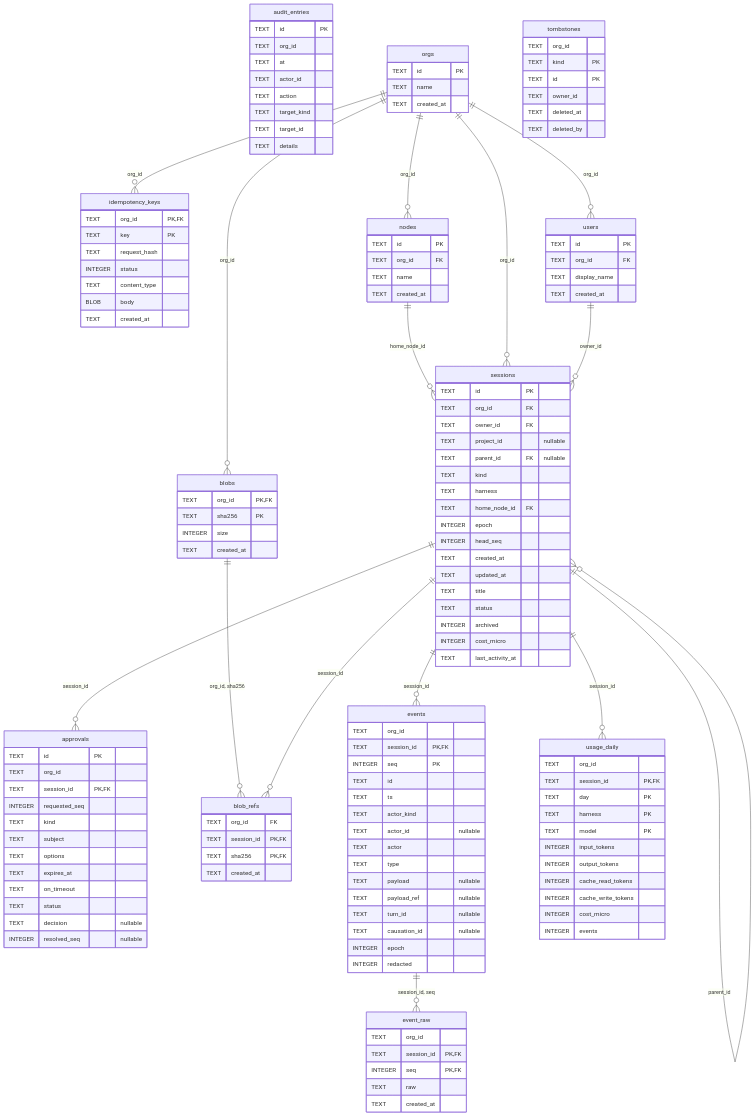
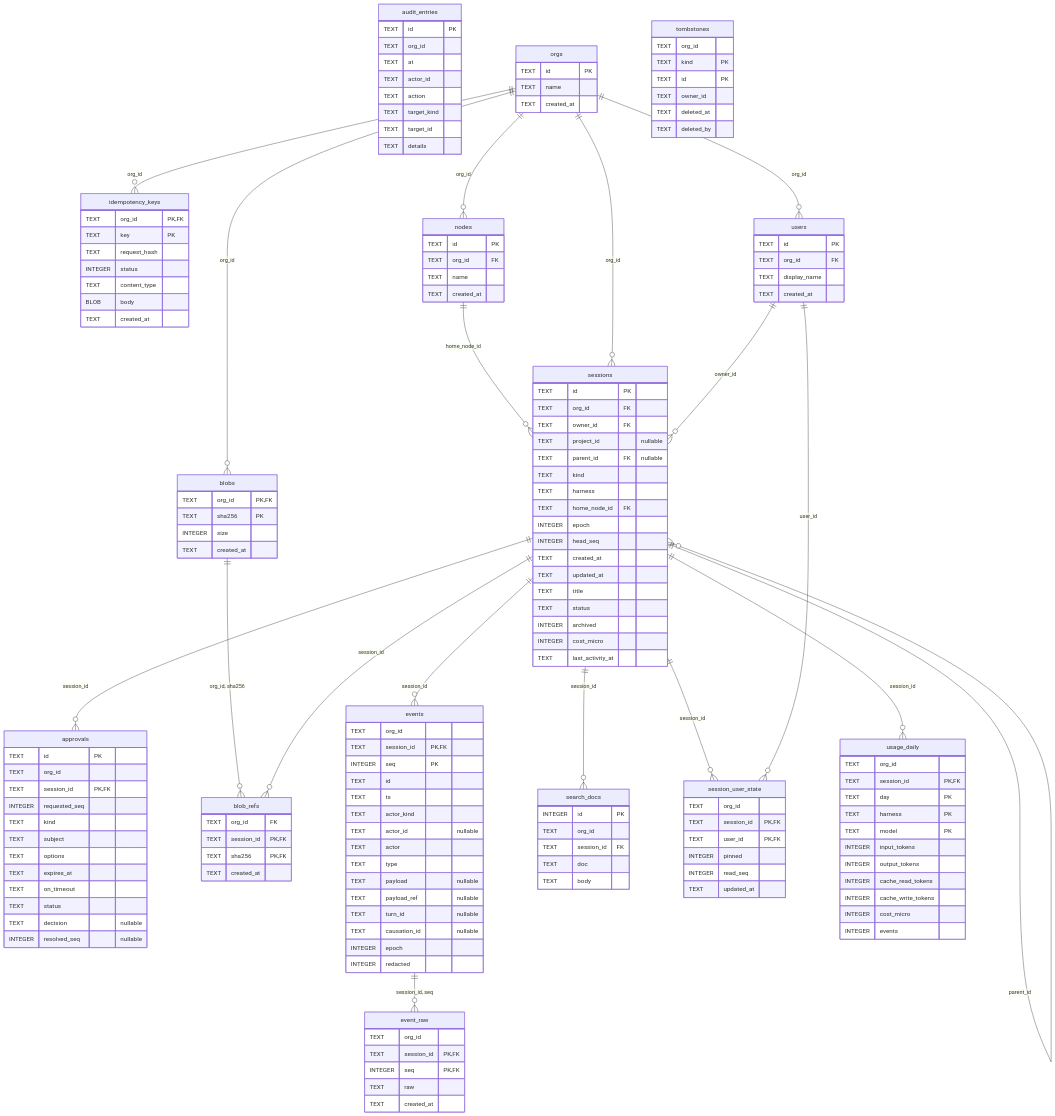
Before and after one commit to ifahrentholz/beton: the diagram in docs/generated/er-diagram.md, drawn with Mermaid. The commit also changed other lines of this file and 52 other files, not shown here.

```diff
--- a/docs/generated/er-diagram.md
+++ b/docs/generated/er-diagram.md
@@ -86,6 +86,21 @@
         TEXT name
         TEXT created_at
     }
+    search_docs {
+        INTEGER id PK
+        TEXT org_id
+        TEXT session_id FK
+        TEXT doc
+        TEXT body
+    }
+    session_user_state {
+        TEXT org_id
+        TEXT session_id PK,FK
+        TEXT user_id PK,FK
+        INTEGER pinned
+        INTEGER read_seq
+        TEXT updated_at
+    }
     sessions {
         TEXT id PK
         TEXT org_id FK
@@ -140,6 +155,9 @@
     sessions ||--o{ events : "session_id"
     orgs ||--o{ idempotency_keys : "org_id"
     orgs ||--o{ nodes : "org_id"
+    sessions ||--o{ search_docs : "session_id"
+    sessions ||--o{ session_user_state : "session_id"
+    users ||--o{ session_user_state : "user_id"
     nodes ||--o{ sessions : "home_node_id"
     orgs ||--o{ sessions : "org_id"
     users ||--o{ sessions : "owner_id"
```
